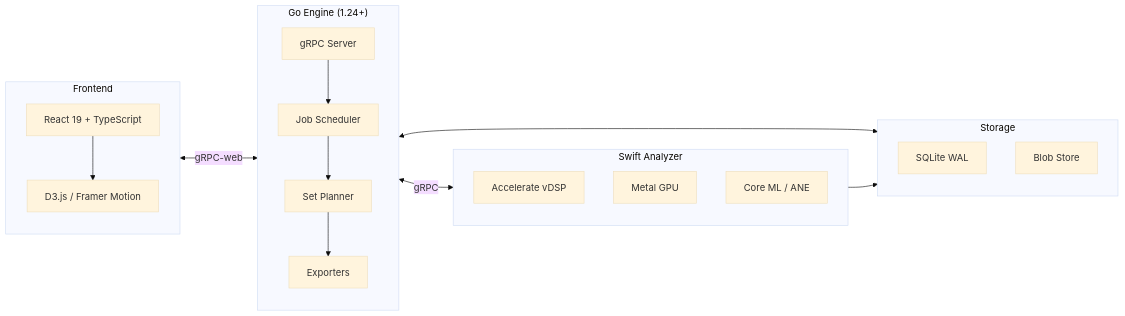
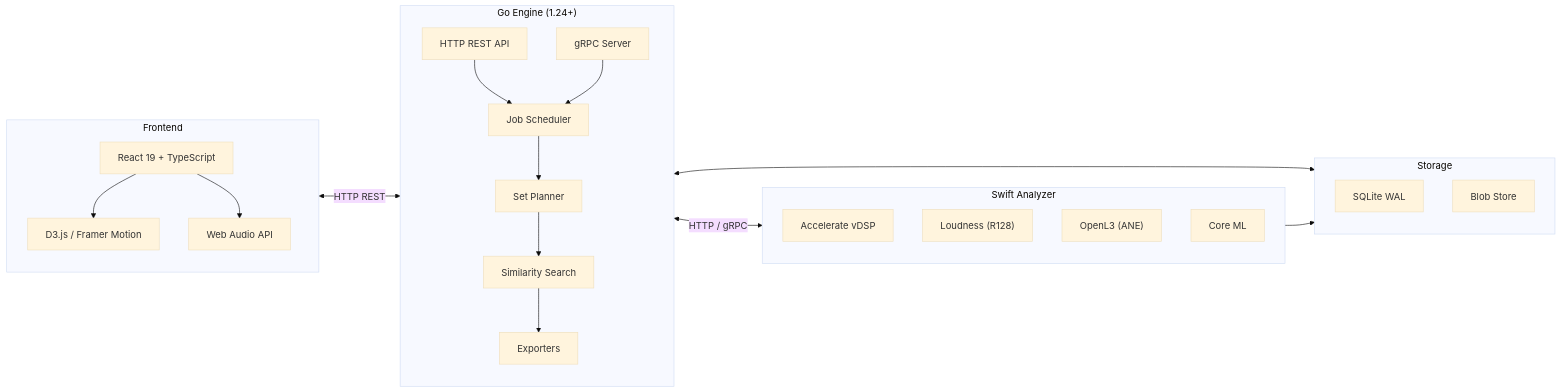
Before and after one commit to ParkWardRR/cartomix-Web-Based-DJ-Copilot: the diagram in README.md, drawn with Mermaid (base theme). The commit also changed other lines of this file and 21 other files, not shown here.

First line of the commit message:
feat: OpenL3 ML embeddings + similarity search API (#16)

````diff
--- a/README.md
+++ b/README.md
@@ -183,36 +469,43 @@
 ```mermaid
 flowchart LR
     subgraph UI["Frontend"]
       direction TB
       REACT["React 19 + TypeScript"]
       VIZ["D3.js / Framer Motion"]
+      AUDIO["Web Audio API"]
       REACT --> VIZ
+      REACT --> AUDIO
     end
 
     subgraph ENGINE["Go Engine (1.24+)"]
       direction TB
+      HTTP["HTTP REST API"]
       GRPC["gRPC Server"]
       SCHED["Job Scheduler"]
       PLAN["Set Planner"]
+      SIM["Similarity Search"]
       EXPORT["Exporters"]
-      GRPC --> SCHED --> PLAN --> EXPORT
+      HTTP --> SCHED
+      GRPC --> SCHED
+      SCHED --> PLAN --> SIM --> EXPORT
     end
 
     subgraph ANALYZER["Swift Analyzer"]
       direction TB
       DSP["Accelerate vDSP"]
-      METAL["Metal GPU"]
-      ANE["Core ML / ANE"]
+      LOUD["Loudness (R128)"]
+      EMBED["OpenL3 (ANE)"]
+      ANE["Core ML"]
     end
 
     subgraph DATA["Storage"]
       direction TB
       DB["SQLite WAL"]
       BLOBS["Blob Store"]
     end
 
-    UI <-->|"gRPC-web"| ENGINE
-    ENGINE <-->|"gRPC"| ANALYZER
+    UI <-->|"HTTP REST"| ENGINE
+    ENGINE <-->|"HTTP / gRPC"| ANALYZER
     ENGINE <--> DATA
     ANALYZER --> DATA
 ```
````
